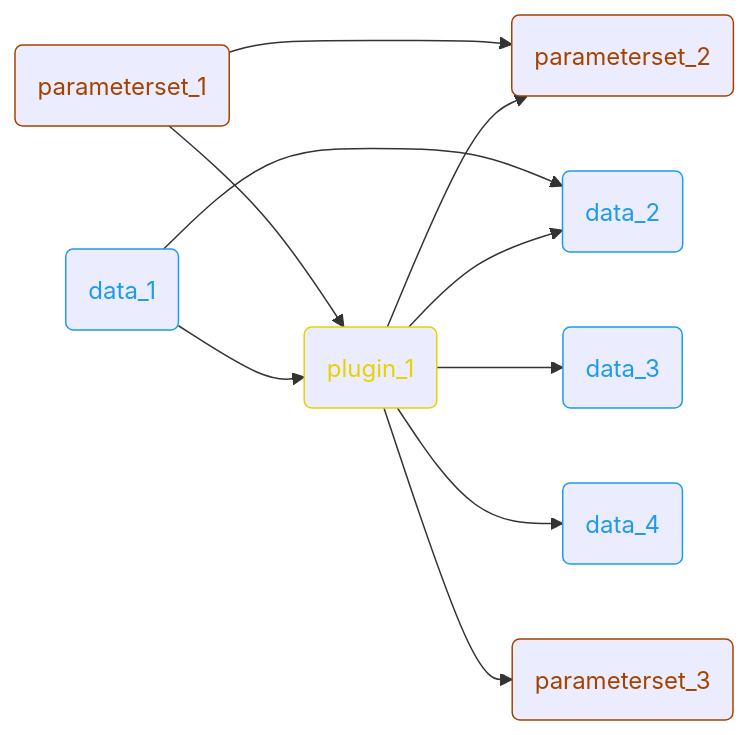
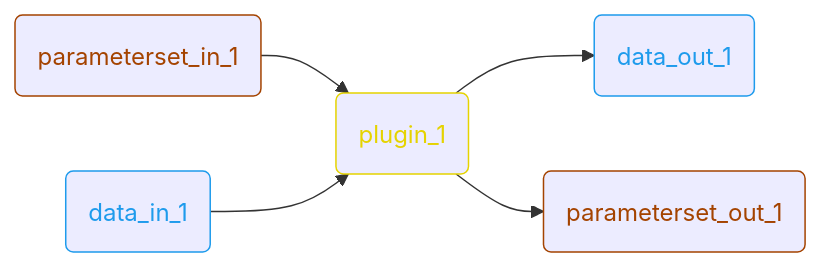
One commit to olympus-tools/ARES changed the seventh of 12 diagrams in examples/README.md. Above: the diagram before and after it, drawn with Mermaid. The commit also changed other lines of this file, not shown here.

````diff
--- a/examples/README.md
+++ b/examples/README.md
@@ -53,26 +271,15 @@
 ```mermaid
 flowchart LR
-    PARAM1(parameterset_1) --> PLUGIN1(plugin_1)
-    PARAM1 --> PARAM2(parameterset_2)
-    DATA1(data_1) --> PLUGIN1
-    DATA1 --> DATA2(data_2)
-    PLUGIN1 --> PARAM2
-    PLUGIN1 --> DATA2
-    PLUGIN1 --> DATA3(data_3)
-    PLUGIN1 --> DATA4(data_4)
-    PLUGIN1 --> PARAM3(parameterset_3)
+    parameterset_in_1(parameterset_in_1) --> plugin_1(plugin_1)
+    data_in_1(data_in_1) --> plugin_1
+    plugin_1 --> data_out_1(data_out_1)
+    plugin_1 --> parameterset_out_1(parameterset_out_1)
 
-    classDef Parameters     color:#a44300, stroke:#a44300;
-    classDef Data           color:#1e9bec, stroke:#1e9bec;
-    classDef SW_Unit        color:#d30000, stroke:#d30000;
-    classDef Plugin         color:#e5d300, stroke:#e5d300;
+    classDef Parameters color:#a44300, stroke:#a44300;
+    classDef Data color:#1e9bec, stroke:#1e9bec;
+    classDef Plugin color:#e5d300, stroke:#e5d300;
 
-    class PARAM1 Parameters;
-    class PARAM2 Parameters;
-    class PARAM3 Parameters;
-    class DATA1 Data;
-    class DATA2 Data;
-    class DATA3 Data;
-    class DATA4 Data;
-    class PLUGIN1 Plugin;
+    class parameterset_in_1,parameterset_out_1 Parameters;
+    class data_in_1,data_out_1 Data;
+    class plugin_1 Plugin;
 ```
````
